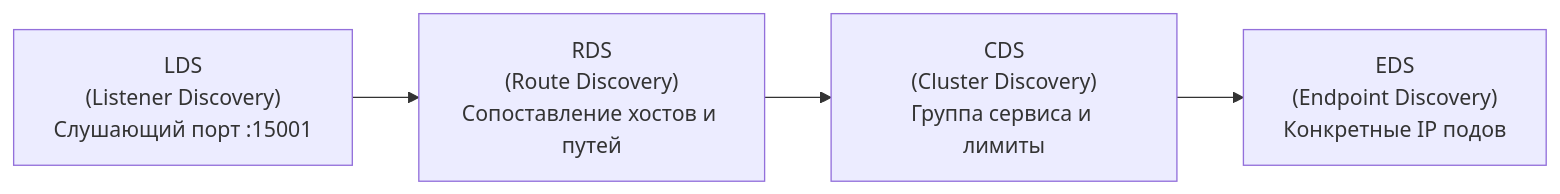
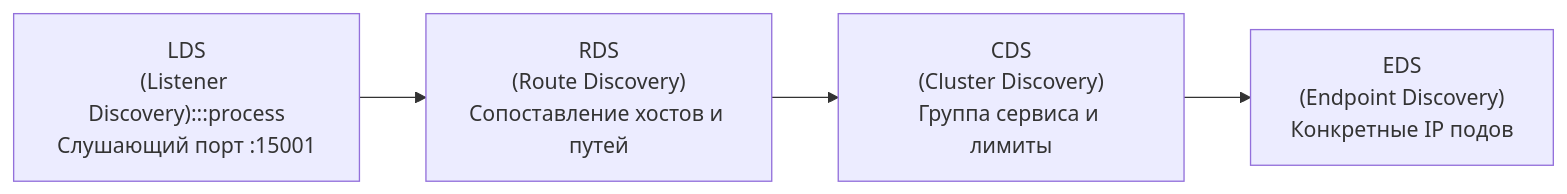
The fourth of 4 diagrams in sources/14. Распределенные системы на Go/06. Сеть/2. Envoy и sidecar.md (UnrealTemplier/go-textbook), drawn with Mermaid before and after one commit. The commit also changed other lines of this file and 1666 other files, not shown here.

First line of the commit message:
feat(mermaid): add semantic color classDef to 1369 colorless flowchart/graph diagrams

````diff
--- a/sources/14. Распределенные системы на Go/06. Сеть/2. Envoy и sidecar.md
+++ b/sources/14. Распределенные системы на Go/06. Сеть/2. Envoy и sidecar.md
@@ -110,6 +140,16 @@
 ```mermaid
 flowchart LR
-    LDS["LDS<br/>(Listener Discovery)<br/>Слушающий порт :15001"] --> RDS["RDS<br/>(Route Discovery)<br/>Сопоставление хостов и путей"]
+    classDef process  fill:#1e293b,stroke:#38bdf8,stroke-width:1px,color:#f8fafc
+    classDef success  fill:#064e3b,stroke:#34d399,stroke-width:1px,color:#f8fafc
+    classDef error    fill:#7f1d1d,stroke:#f87171,stroke-width:1px,color:#f8fafc
+    classDef warning  fill:#78350f,stroke:#fbbf24,stroke-width:1px,color:#f8fafc
+    classDef entry    fill:#1e3a5f,stroke:#38bdf8,stroke-width:2px,color:#f8fafc
+    classDef aux      fill:#334155,stroke:#64748b,stroke-width:1px,color:#f8fafc
+    classDef system   fill:#312e81,stroke:#a78bfa,stroke-width:1px,color:#f8fafc
+    classDef data     fill:#132d29,stroke:#2dd4bf,stroke-width:1px,color:#f8fafc
+    classDef network  fill:#881337,stroke:#fb7185,stroke-width:1px,color:#f8fafc
+    classDef accent   fill:#1e1b4b,stroke:#818cf8,stroke-width:1px,color:#f8fafc
+    LDS["LDS<br/>(Listener Discovery):::process<br/>Слушающий порт :15001"] --> RDS["RDS<br/>(Route Discovery)<br/>Сопоставление хостов и путей"]
     RDS --> CDS["CDS<br/>(Cluster Discovery)<br/>Группа сервиса и лимиты"]
     CDS --> EDS["EDS<br/>(Endpoint Discovery)<br/>Конкретные IP подов"]
 ```
````
